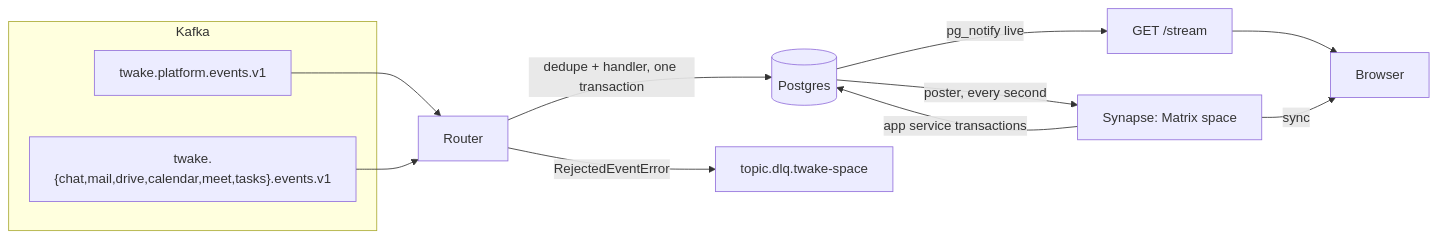
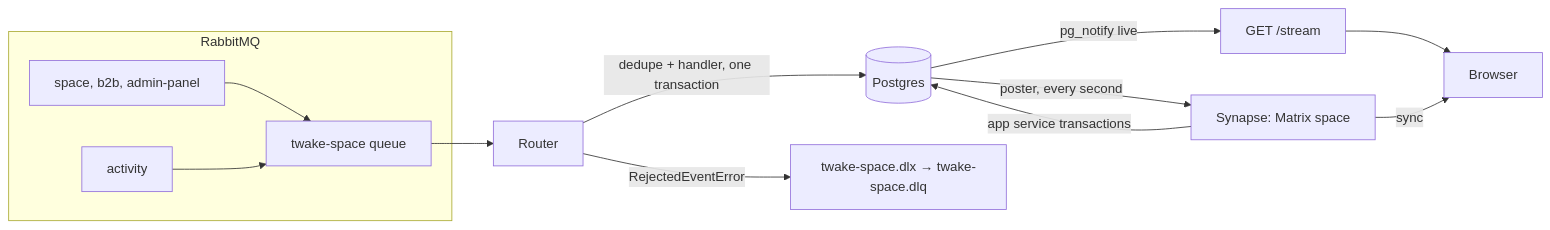
One commit to linagora/twake-space changed the first of 5 diagrams in docs/events.md. Above: the diagram before and after it, drawn with Mermaid. The commit also changed other lines of this file and 4 other files, not shown here.

````diff
--- a/docs/events.md
+++ b/docs/events.md
@@ -16,16 +16,18 @@
 ```mermaid
 flowchart LR
-  subgraph Kafka
-    P[twake.platform.events.v1]
-    A["twake.{chat,mail,drive,calendar,meet,tasks}.events.v1"]
+  subgraph RabbitMQ
+    P["space, b2b, admin-panel"]
+    A[activity]
+    Q[twake-space queue]
   end
-  P --> R[Router]
-  A --> R
+  P --> Q
+  A --> Q
+  Q --> R[Router]
   R -->|dedupe + handler, one transaction| PG[(Postgres)]
-  R -->|RejectedEventError| DLQ["topic.dlq.twake-space"]
+  R -->|RejectedEventError| DLQ["twake-space.dlx → twake-space.dlq"]
   PG -->|pg_notify live| SSE[GET /stream]
   PG -->|poster, every second| MX[Synapse: Matrix space]
   MX -->|app service transactions| PG
   SSE --> B[Browser]
   MX -->|sync| B
 ```
````
